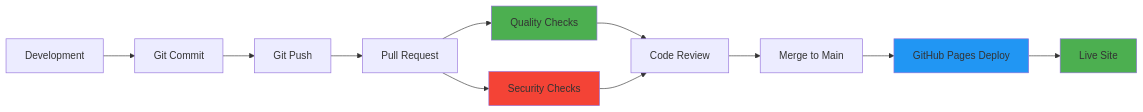
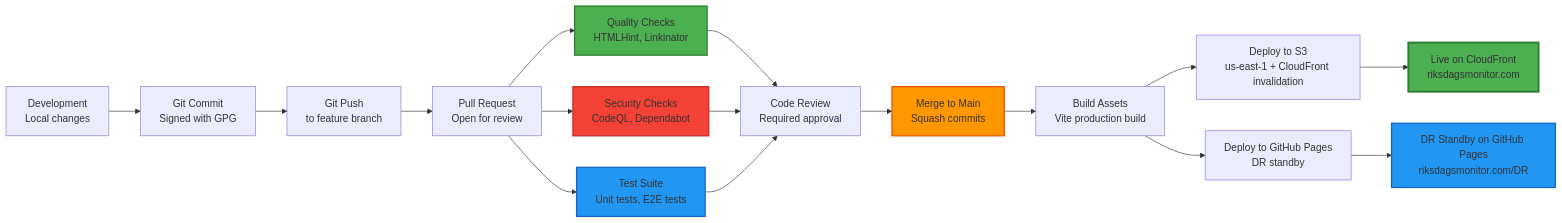
One commit to Hack23/riksdagsmonitor changed diagram 14 of 15 in ARCHITECTURE.md. Above: the diagram before and after it, drawn with Mermaid. The commit also changed other lines of this file, not shown here.

Commit message:
docs: restructure ARCHITECTURE.md to C4 standard with header, doc map, C4 views, layers, patterns, and footer

````diff
--- a/ARCHITECTURE.md
+++ b/ARCHITECTURE.md
@@ -768,21 +1209,29 @@
 ```mermaid
 graph LR
-    Dev[Development] --> Commit[Git Commit]
-    Commit --> Push[Git Push]
-    Push --> PR[Pull Request]
+    Dev[Development<br/>Local changes] --> Commit[Git Commit<br/>Signed with GPG]
+    Commit --> Push[Git Push<br/>to feature branch]
+    Push --> PR[Pull Request<br/>Open for review]
     
-    PR --> Quality[Quality Checks]
-    PR --> Security[Security Checks]
+    PR --> Quality[Quality Checks<br/>HTMLHint, Linkinator]
+    PR --> Security[Security Checks<br/>CodeQL, Dependabot]
+    PR --> Tests[Test Suite<br/>Unit tests, E2E tests]
     
-    Quality --> Review[Code Review]
+    Quality --> Review[Code Review<br/>Required approval]
     Security --> Review
+    Tests --> Review
     
-    Review --> Merge[Merge to Main]
-    Merge --> Deploy[GitHub Pages Deploy]
-    Deploy --> Live[Live Site]
+    Review --> Merge[Merge to Main<br/>Squash commits]
+    Merge --> Build[Build Assets<br/>Vite production build]
+    Build --> DeployS3[Deploy to S3<br/>us-east-1 + CloudFront invalidation]
+    Build --> DeployGH[Deploy to GitHub Pages<br/>DR standby]
     
-    style Quality fill:#4caf50
-    style Security fill:#f44336
-    style Deploy fill:#2196f3
-    style Live fill:#4caf50
+    DeployS3 --> LivePrimary[Live on CloudFront<br/>riksdagsmonitor.com]
+    DeployGH --> LiveDR[DR Standby on GitHub Pages<br/>riksdagsmonitor.com/DR]
+    
+    style Quality fill:#4caf50,stroke:#2e7d32,stroke-width:2px
+    style Security fill:#f44336,stroke:#c62828,stroke-width:2px
+    style Tests fill:#2196f3,stroke:#1565c0,stroke-width:2px
+    style Merge fill:#ff9800,stroke:#e65100,stroke-width:2px
+    style LivePrimary fill:#4caf50,stroke:#2e7d32,stroke-width:3px
+    style LiveDR fill:#2196f3,stroke:#1565c0,stroke-width:2px
 ```
````
